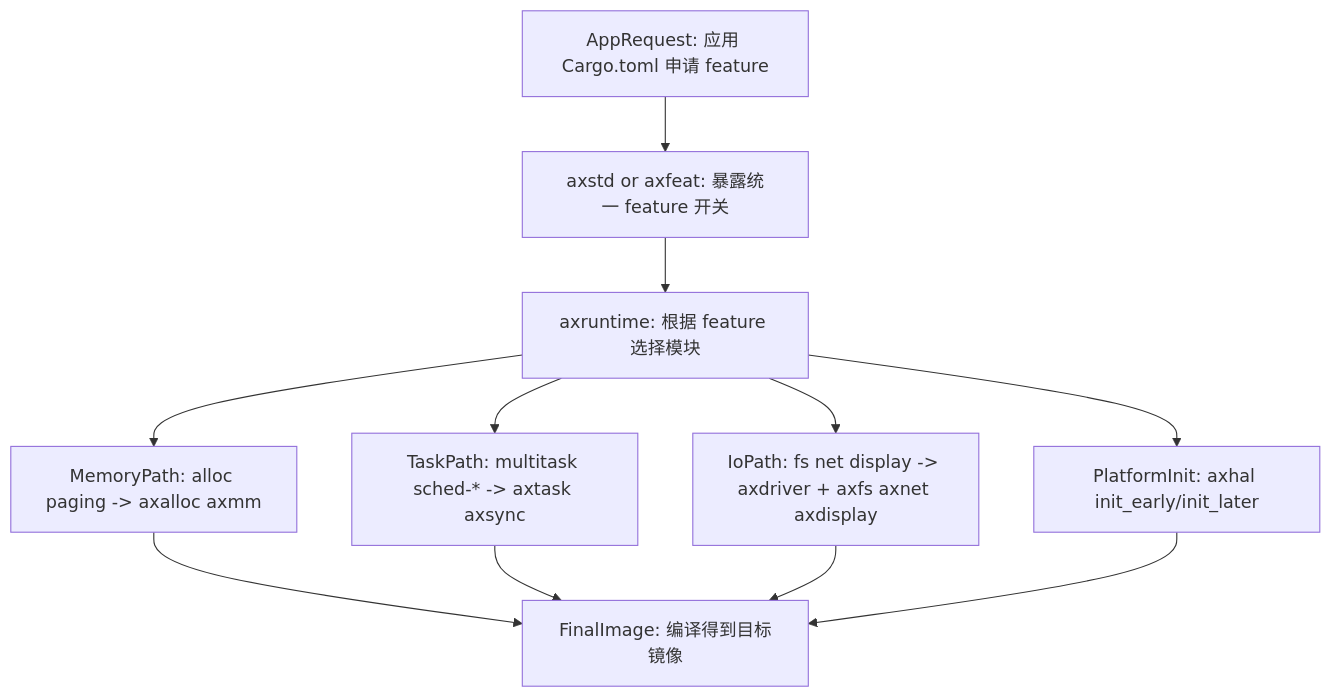
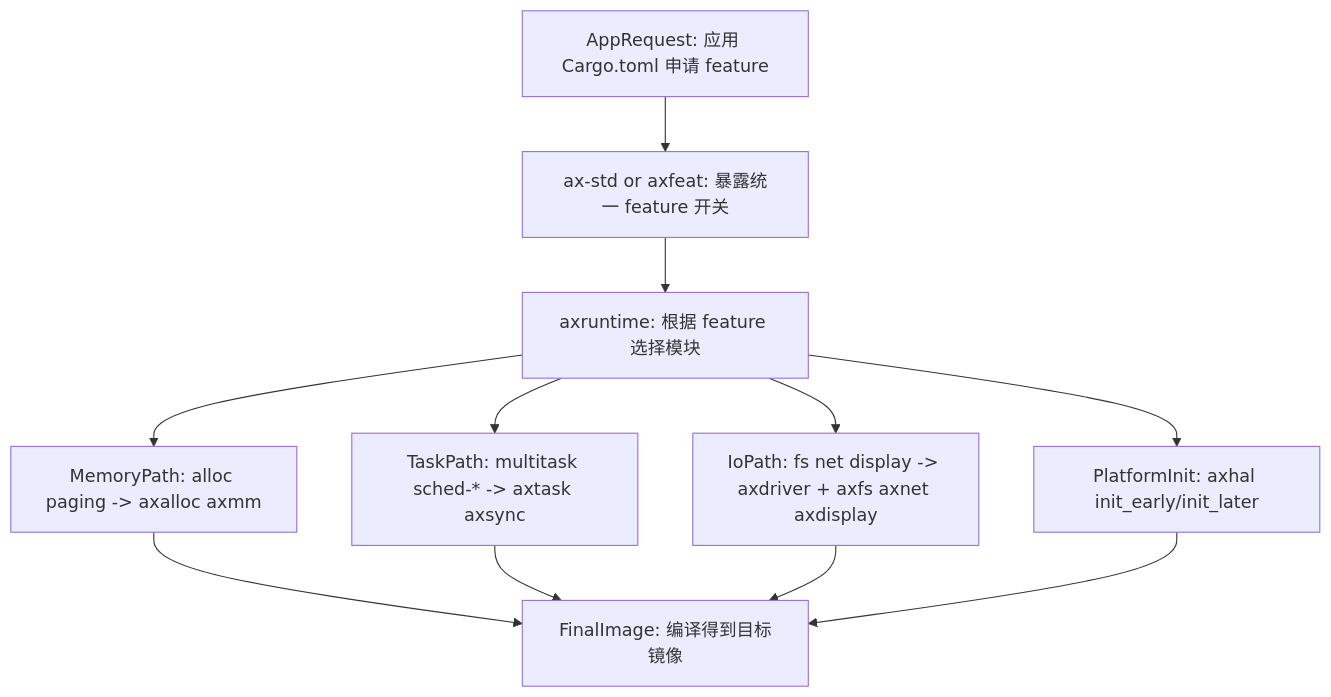
The second of 5 diagrams in docs/arceos-internals.md (zKurisu/tgoskits), drawn with Mermaid before and after one commit. The commit also changed other lines of this file and 153 other files, not shown here.

Commit message:
rename axstd to ax-std

````diff
--- a/docs/arceos-internals.md
+++ b/docs/arceos-internals.md
@@ -122,22 +122,22 @@
 ```mermaid
 flowchart TD
     appRequest["AppRequest: 应用 Cargo.toml 申请 feature"]
-    axstdAxfeat["axstd or axfeat: 暴露统一 feature 开关"]
+    axstdAxfeat["ax-std or axfeat: 暴露统一 feature 开关"]
     runtimeGate["axruntime: 根据 feature 选择模块"]
     memPath["MemoryPath: alloc paging -> axalloc axmm"]
     taskPath["TaskPath: multitask sched-* -> axtask axsync"]
     ioPath["IoPath: fs net display -> axdriver + axfs axnet axdisplay"]
     platformInit["PlatformInit: axhal init_early/init_later"]
     finalImage["FinalImage: 编译得到目标镜像"]
 
     appRequest --> axstdAxfeat
     axstdAxfeat --> runtimeGate
     runtimeGate --> memPath
     runtimeGate --> taskPath
     runtimeGate --> ioPath
     runtimeGate --> platformInit
     memPath --> finalImage
     taskPath --> finalImage
     ioPath --> finalImage
     platformInit --> finalImage
 ```
````
